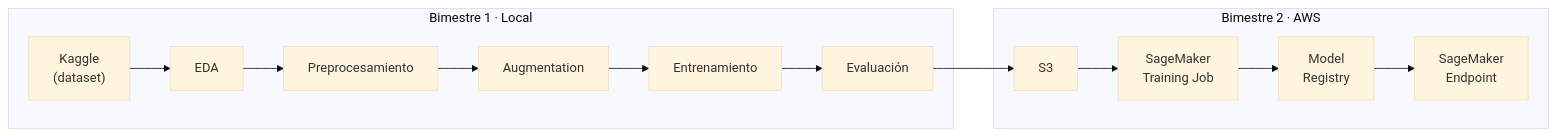
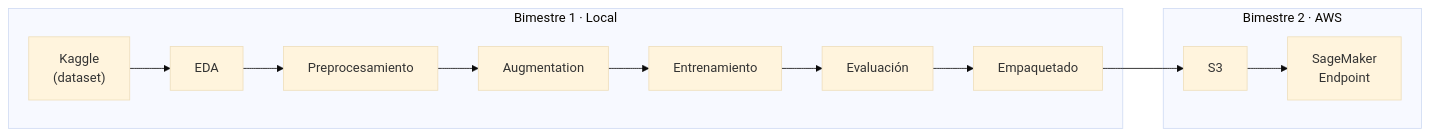
Before and after one commit to franvg99/mri-tumor-classifier: the diagram in docs/documentacion_tecnica.md, drawn with Mermaid (base theme). The commit also changed other lines of this file and 15 other files, not shown here.

````diff
--- a/docs/documentacion_tecnica.md
+++ b/docs/documentacion_tecnica.md
@@ -26,10 +26,10 @@
 ```mermaid
 flowchart LR
     subgraph B1["Bimestre 1 · Local"]
-        A["Kaggle\n(dataset)"] --> B["EDA"] --> C["Preprocesamiento"] --> D["Augmentation"] --> E["Entrenamiento"] --> F["Evaluación"]
+        A["Kaggle\n(dataset)"] --> B["EDA"] --> C["Preprocesamiento"] --> D["Augmentation"] --> E["Entrenamiento"] --> F["Evaluación"] --> K["Empaquetado"]
     end
     subgraph B2["Bimestre 2 · AWS"]
-        G["S3"] --> H["SageMaker\nTraining Job"] --> I["Model\nRegistry"] --> J["SageMaker\nEndpoint"]
+        G["S3"] --> J["SageMaker\nEndpoint"]
     end
-    F --> G
+    K --> G
 ```
````
